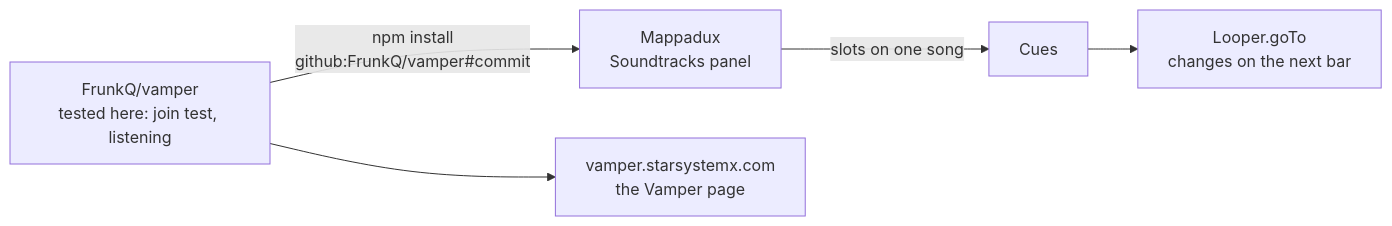
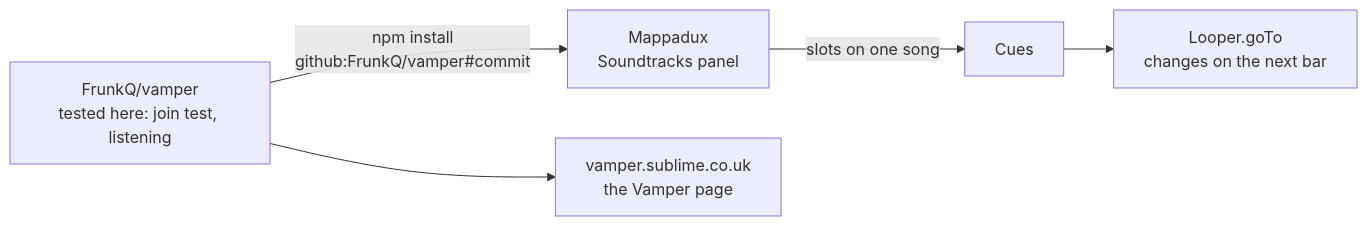
The tenth of 10 diagrams in docs/TECHNOLOGY.md (FrunkQ/vamper), drawn with Mermaid before and after one commit. The commit also changed other lines of this file and 8 other files, not shown here.

````diff
--- a/docs/TECHNOLOGY.md
+++ b/docs/TECHNOLOGY.md
@@ -284,7 +286,7 @@
 ```mermaid
 flowchart LR
     V[FrunkQ/vamper<br/>tested here: join test, listening] -->|npm install<br/>github:FrunkQ/vamper#commit| M[Mappadux<br/>Soundtracks panel]
-    V --> W[vamper.starsystemx.com<br/>the Vamper page]
+    V --> W[vamper.sublime.co.uk<br/>the Vamper page]
     M -->|slots on one song| C[Cues]
     C --> L[Looper.goTo<br/>changes on the next bar]
 ```
````
